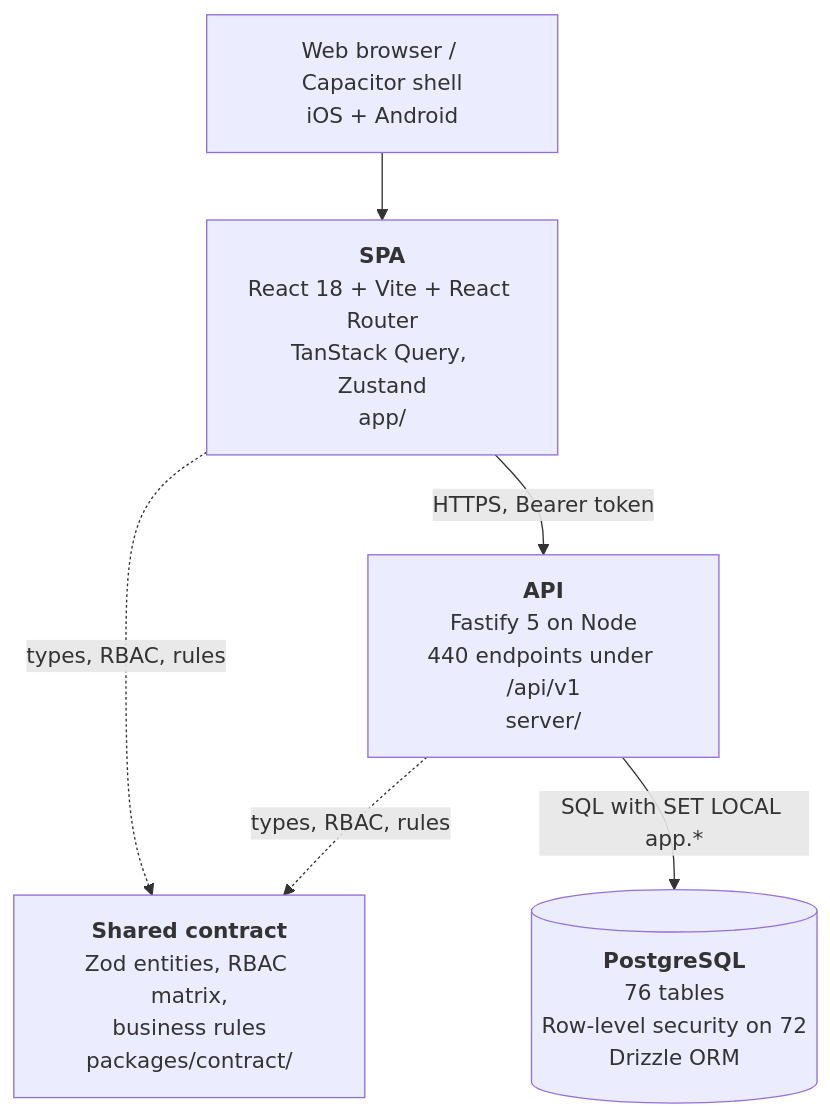
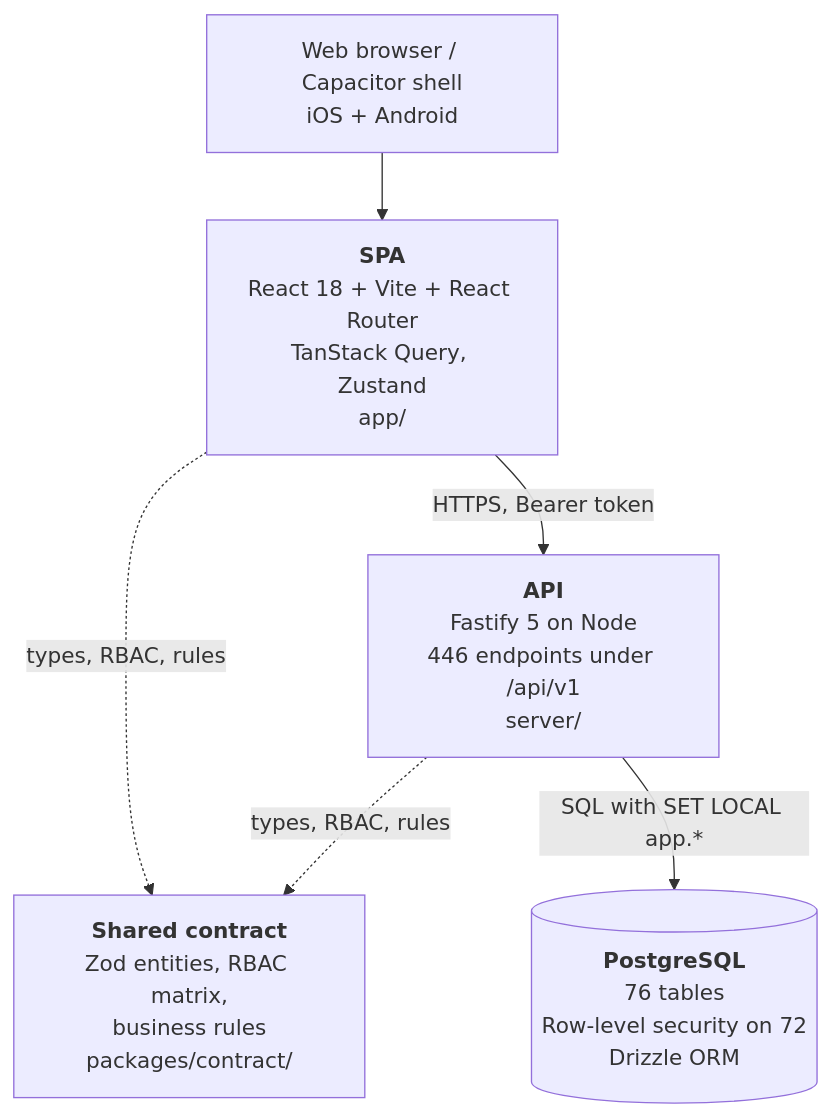
Before and after one commit to tazamohd/SlClNe: the second of 4 diagrams in docs/15_C4_ARCHITECTURE_DIAGRAMS/C4_MODEL.md, drawn with Mermaid. The commit also changed other lines of this file and 48 other files, not shown here.

````diff
--- a/docs/15_C4_ARCHITECTURE_DIAGRAMS/C4_MODEL.md
+++ b/docs/15_C4_ARCHITECTURE_DIAGRAMS/C4_MODEL.md
@@ -42,13 +42,13 @@
 ```mermaid
 flowchart TB
   browser["Web browser / Capacitor shell<br/>iOS + Android"]
   spa["<b>SPA</b><br/>React 18 + Vite + React Router<br/>TanStack Query, Zustand<br/>app/"]
-  api["<b>API</b><br/>Fastify 5 on Node<br/>440 endpoints under /api/v1<br/>server/"]
+  api["<b>API</b><br/>Fastify 5 on Node<br/>446 endpoints under /api/v1<br/>server/"]
   contract["<b>Shared contract</b><br/>Zod entities, RBAC matrix,<br/>business rules<br/>packages/contract/"]
   db[("<b>PostgreSQL</b><br/>76 tables<br/>Row-level security on 72<br/>Drizzle ORM")]
   browser --> spa
   spa -->|"HTTPS, Bearer token"| api
   spa -.->|"types, RBAC, rules"| contract
   api -.->|"types, RBAC, rules"| contract
   api -->|"SQL with SET LOCAL app.*"| db
 ```
````
